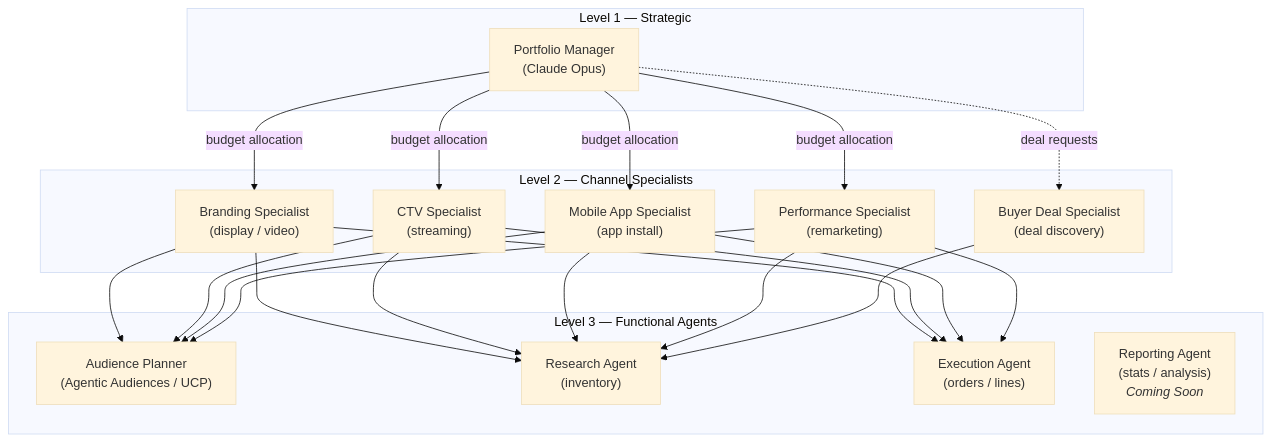
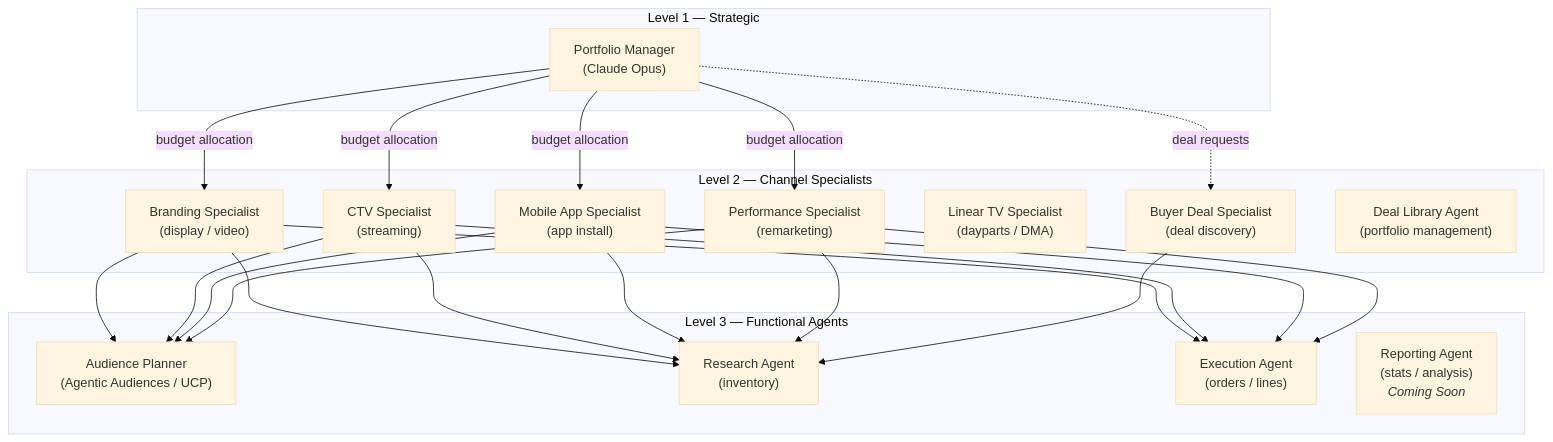
The first of 2 diagrams in docs/architecture/agent-hierarchy.md (IABTechLab/buyer-agent), drawn with Mermaid (base theme) before and after one commit. The commit also changed other lines of this file and 10 other files, not shown here.

````diff
--- a/docs/architecture/agent-hierarchy.md
+++ b/docs/architecture/agent-hierarchy.md
@@ -9,41 +9,43 @@
 ```mermaid
 graph TB
     subgraph Level1["Level 1 — Strategic"]
         PM["Portfolio Manager<br/>(Claude Opus)"]
     end
 
     subgraph Level2["Level 2 — Channel Specialists"]
         BR["Branding Specialist<br/>(display / video)"]
         CTV["CTV Specialist<br/>(streaming)"]
         MOB["Mobile App Specialist<br/>(app install)"]
         PERF["Performance Specialist<br/>(remarketing)"]
+        LTV["Linear TV Specialist<br/>(dayparts / DMA)"]
         DSP["Buyer Deal Specialist<br/>(deal discovery)"]
+        DL["Deal Library Agent<br/>(portfolio management)"]
     end
 
     subgraph Level3["Level 3 — Functional Agents"]
         AUD["Audience Planner<br/>(Agentic Audiences / UCP)"]
         RES["Research Agent<br/>(inventory)"]
         EXEC["Execution Agent<br/>(orders / lines)"]
         REP["Reporting Agent<br/>(stats / analysis)<br/><i>Coming Soon</i>"]
     end
 
     PM -->|budget allocation| BR
     PM -->|budget allocation| CTV
     PM -->|budget allocation| MOB
     PM -->|budget allocation| PERF
     PM -.->|deal requests| DSP
 
     BR --> RES
     BR --> EXEC
     BR --> AUD
     CTV --> RES
     CTV --> EXEC
     CTV --> AUD
     MOB --> RES
     MOB --> EXEC
     MOB --> AUD
     PERF --> RES
     PERF --> EXEC
     PERF --> AUD
     DSP --> RES
 ```
````
